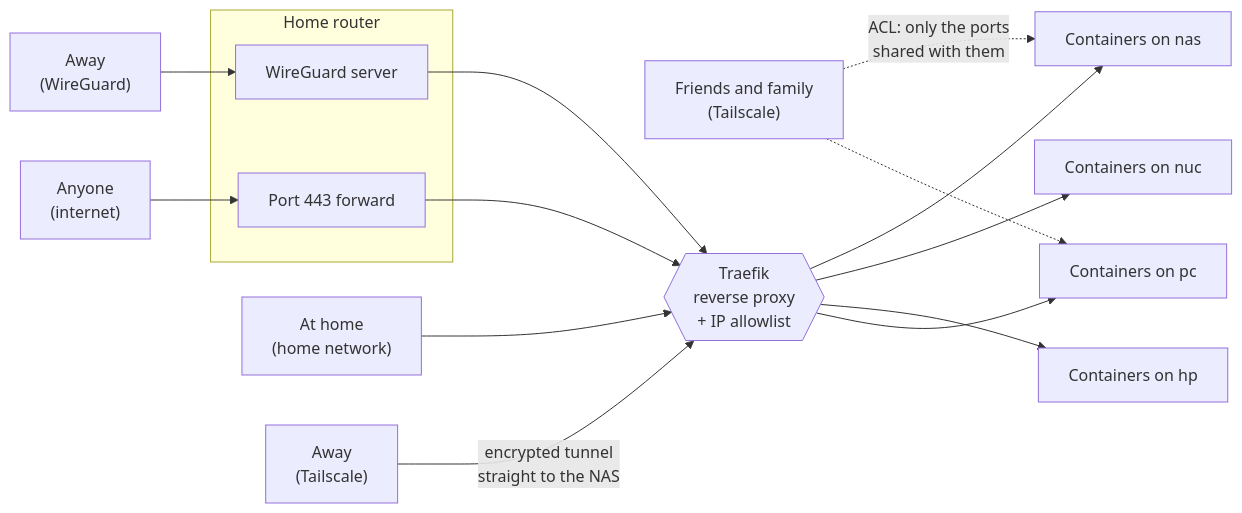
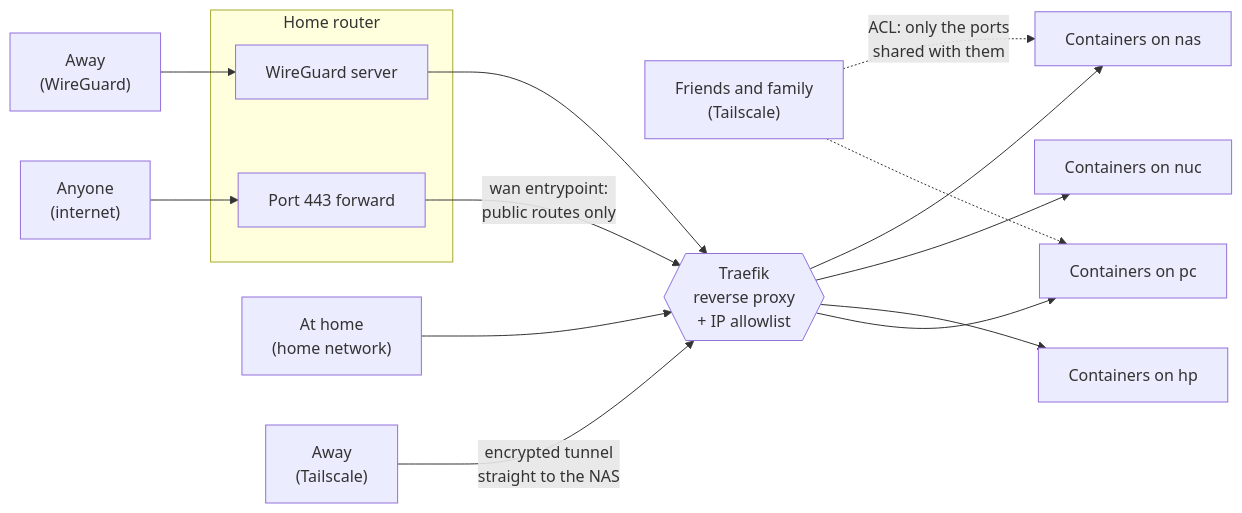
Before and after one commit to basnijholt/nijho.lt: the diagram in content/post/homelab-explained/index.md, drawn with Mermaid. The commit also changed other lines of this file, not shown here.

````diff
--- a/content/post/homelab-explained/index.md
+++ b/content/post/homelab-explained/index.md
@@ -70,27 +70,27 @@
 ```mermaid
 flowchart LR
     home["At home<br/>(home network)"]
     wg["Away<br/>(WireGuard)"]
     ts["Away<br/>(Tailscale)"]
     friends["Friends and family<br/>(Tailscale)"]
     net["Anyone<br/>(internet)"]
 
     subgraph router["Home router"]
         wgs["WireGuard server"]
         fwd["Port 443 forward"]
     end
 
     home --> traefik
     wg --> wgs --> traefik
     ts -- "encrypted tunnel<br/>straight to the NAS" --> traefik
-    net --> fwd --> traefik
+    net --> fwd -- "wan entrypoint:<br/>public routes only" --> traefik
 
     traefik{{"Traefik<br/>reverse proxy<br/>+ IP allowlist"}}
     traefik --> nas["Containers on nas"]
     traefik --> nuc["Containers on nuc"]
     traefik --> hp["Containers on hp"]
     traefik --> pc["Containers on pc"]
 
     friends -. "ACL: only the ports<br/>shared with them" .-> nas
     friends -.-> pc
 ```
````
